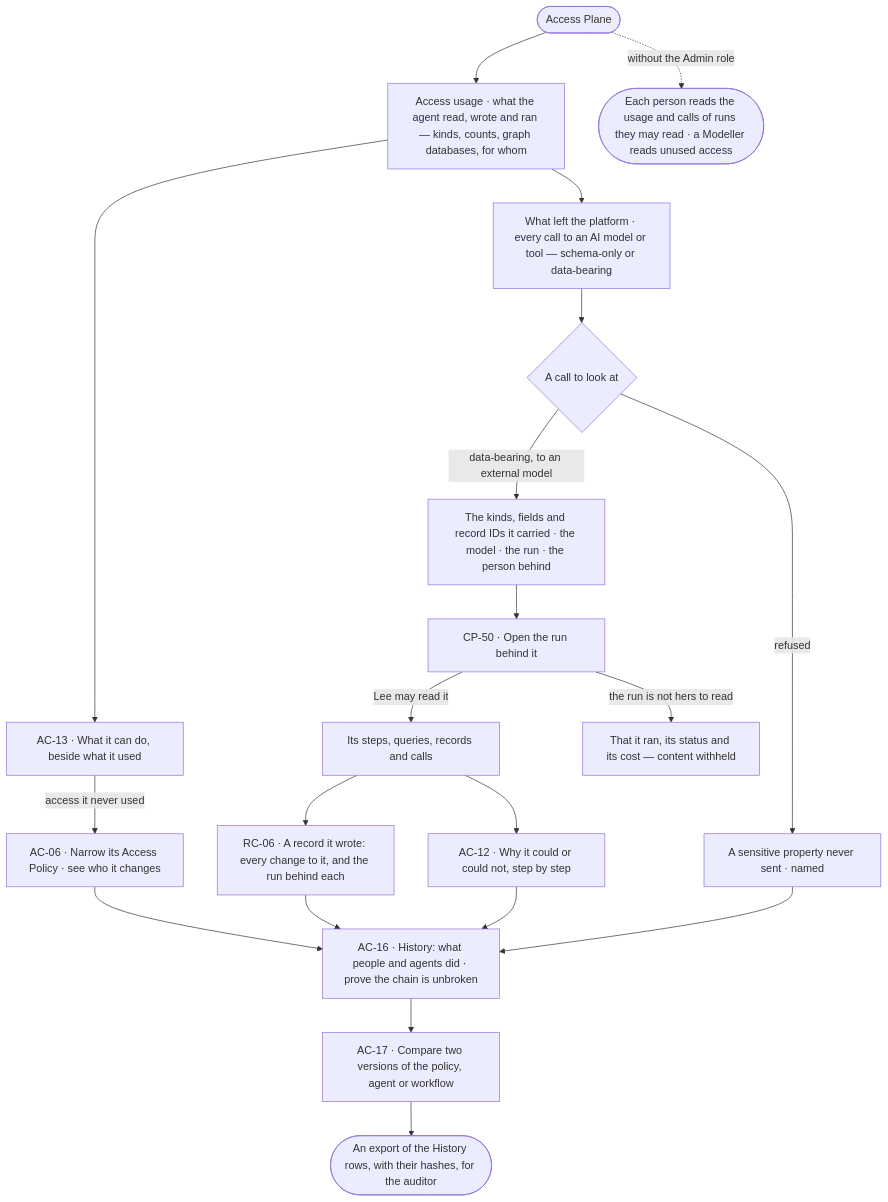
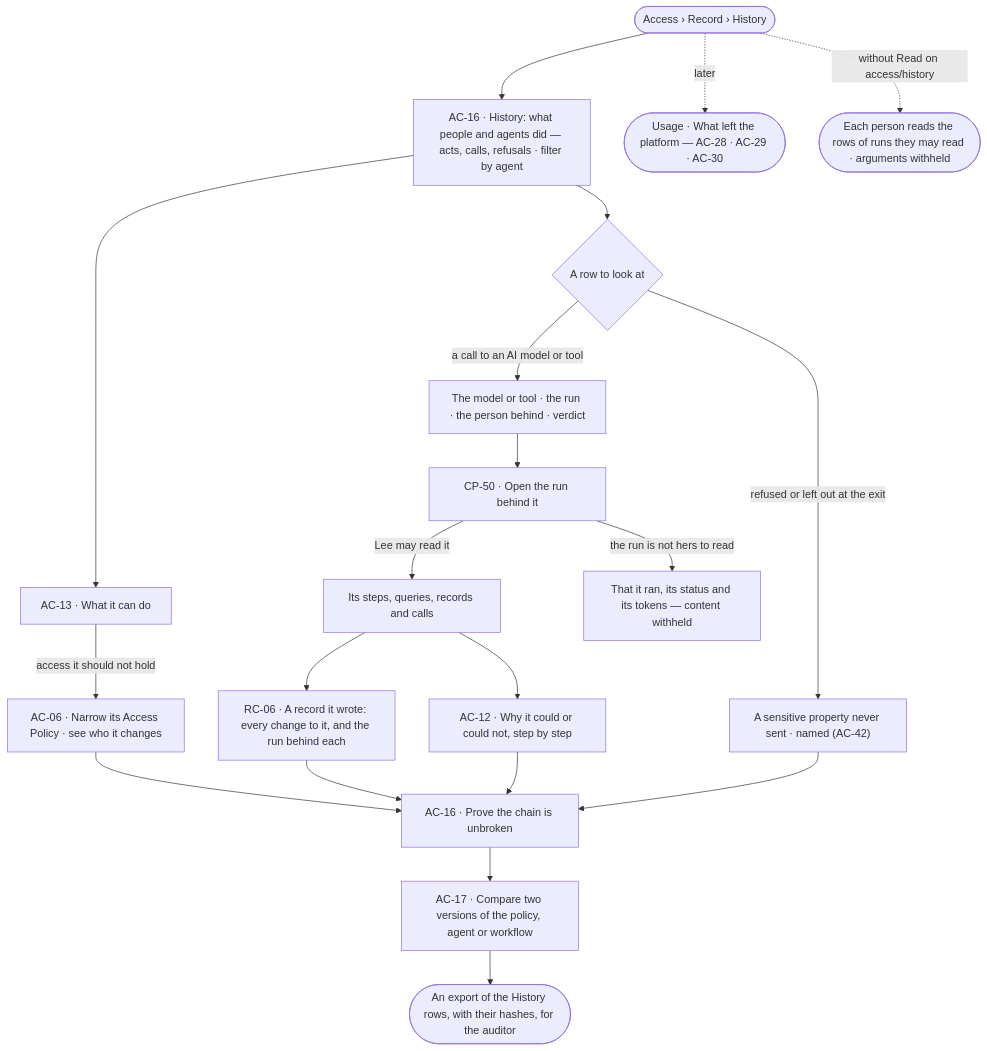
Before and after one commit to invana/invana: the diagram in specs/journeys/J09-audit-what-an-agent-touched-and-what-left-the-platform.md, drawn with Mermaid. The commit also changed other lines of this file and 456 other files, not shown here.

````diff
--- a/specs/journeys/J09-audit-what-an-agent-touched-and-what-left-the-platform.md
+++ b/specs/journeys/J09-audit-what-an-agent-touched-and-what-left-the-platform.md
@@ -16,22 +18,22 @@
 ```mermaid
 flowchart TD
-  A([Access Plane]) --> U["Access usage · what the agent read, wrote and ran — kinds, counts, graph databases, for whom"]
-  U --> P["AC-13 · What it can do, beside what it used"]
-  P -->|access it never used| N["AC-06 · Narrow its Access Policy · see who it changes"]
-  U --> O["What left the platform · every call to an AI model or tool — schema-only or data-bearing"]
-  O --> O1{"A call to look at"}
-  O1 -->|data-bearing, to an external model| O2["The kinds, fields and record IDs it carried · the model · the run · the person behind"]
-  O1 -->|refused| O3["A sensitive property never sent · named"]
+  A([Access › Record › History]) --> H["AC-16 · History: what people and agents did — acts, calls, refusals · filter by agent"]
+  H --> P["AC-13 · What it can do"]
+  P -->|access it should not hold| N["AC-06 · Narrow its Access Policy · see who it changes"]
+  H --> O1{"A row to look at"}
+  O1 -->|a call to an AI model or tool| O2["The model or tool · the run · the person behind · verdict"]
+  O1 -->|refused or left out at the exit| O3["A sensitive property never sent · named (AC-42)"]
   O2 --> R["CP-50 · Open the run behind it"]
   R -->|Lee may read it| R1["Its steps, queries, records and calls"]
-  R -->|the run is not hers to read| R2["That it ran, its status and its cost — content withheld"]
+  R -->|the run is not hers to read| R2["That it ran, its status and its tokens — content withheld"]
   R1 --> RC["RC-06 · A record it wrote: every change to it, and the run behind each"]
   R1 --> W["AC-12 · Why it could or could not, step by step"]
-  W --> H["AC-16 · History: what people and agents did · prove the chain is unbroken"]
-  RC --> H
-  N --> H
-  O3 --> H
-  H --> C["AC-17 · Compare two versions of the policy, agent or workflow"]
+  W --> V["AC-16 · Prove the chain is unbroken"]
+  RC --> V
+  N --> V
+  O3 --> V
+  V --> C["AC-17 · Compare two versions of the policy, agent or workflow"]
   C --> E(["An export of the History rows, with their hashes, for the auditor"])
-  A -.->|without the Admin role| NA(["Each person reads the usage and calls of runs they may read · a Modeller reads unused access"])
+  A -.->|later| U(["Usage · What left the platform — AC-28 · AC-29 · AC-30"])
+  A -.->|without Read on access/history| NA(["Each person reads the rows of runs they may read · arguments withheld"])
 ```
````
